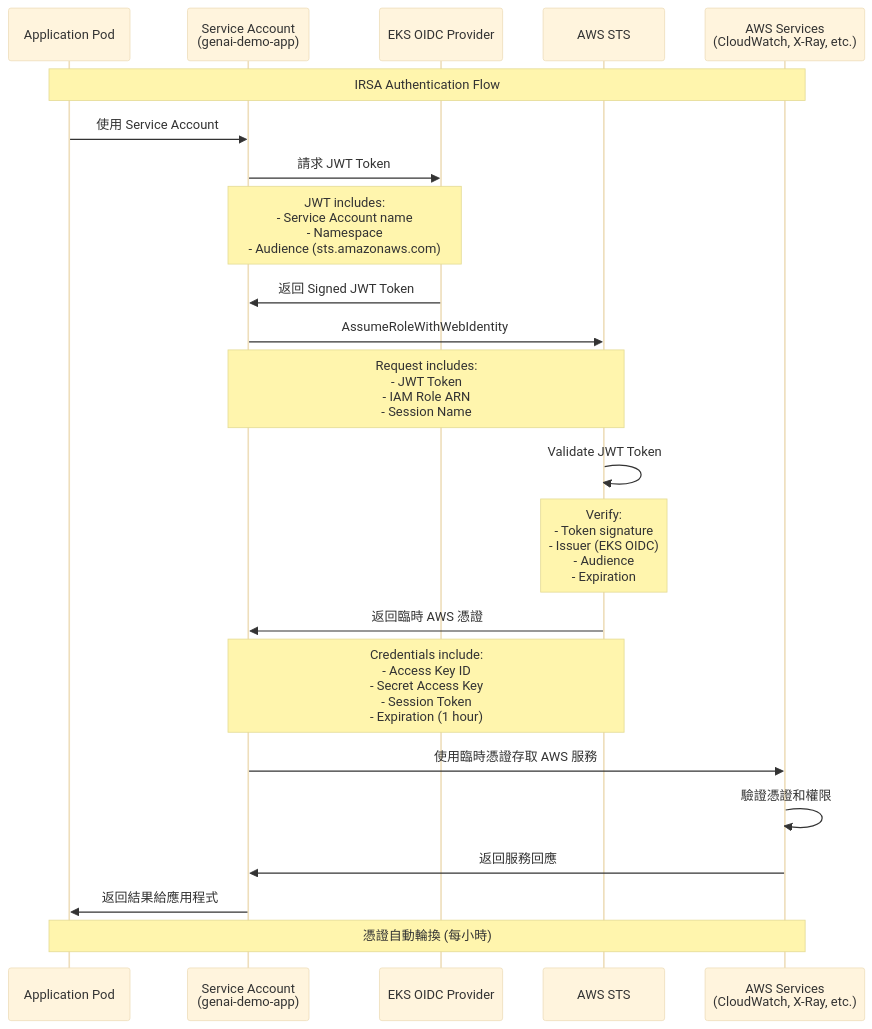
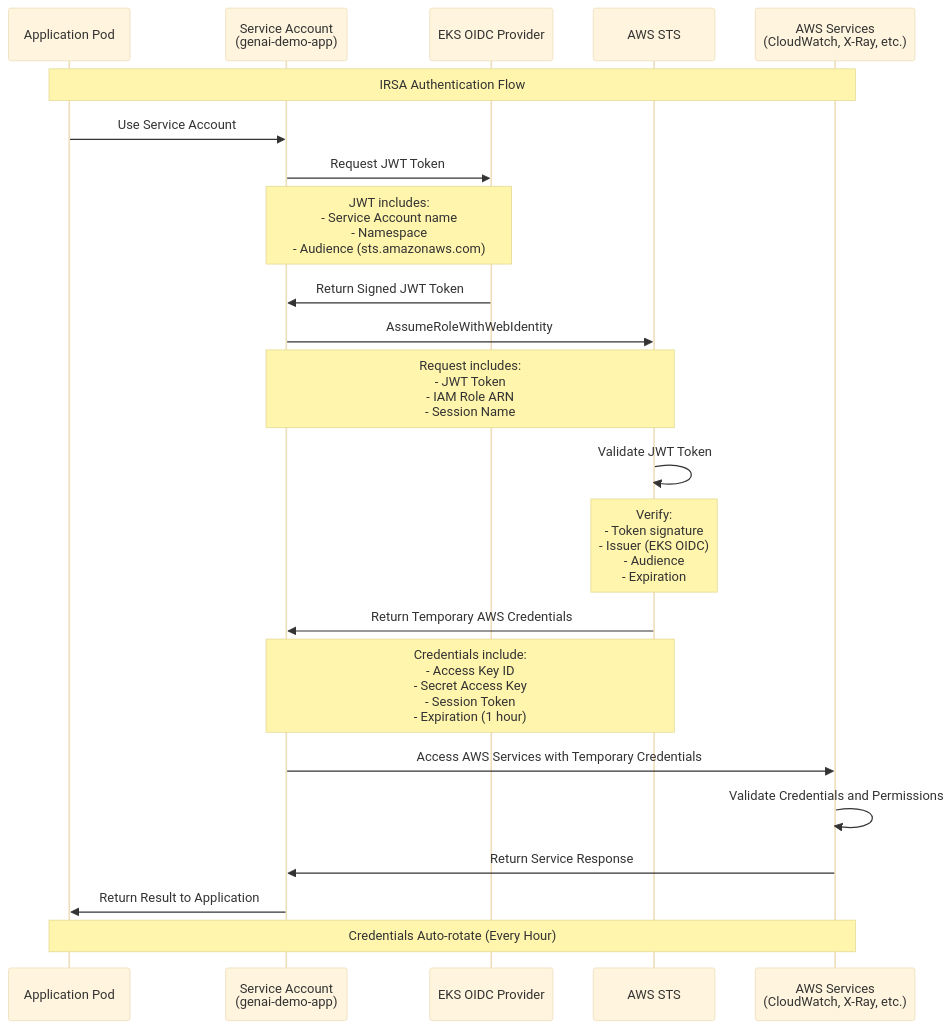
Before and after one commit to humank/genai-demo: the eighth of 11 diagrams in docs/viewpoints/deployment/aws-infrastructure-architecture.md, drawn with Mermaid (base theme). The commit also changed other lines of this file and 453 other files, not shown here.

First line of the commit message:
feat: Complete translation of key architecture and API documentation

````diff
--- a/docs/viewpoints/deployment/aws-infrastructure-architecture.md
+++ b/docs/viewpoints/deployment/aws-infrastructure-architecture.md
@@ -783,31 +783,31 @@
 ```mermaid
 sequenceDiagram
     participant Pod as Application Pod
     participant SA as Service Account<br/>(genai-demo-app)
     participant OIDC as EKS OIDC Provider
     participant STS as AWS STS
     participant AWS as AWS Services<br/>(CloudWatch, X-Ray, etc.)
     
     Note over Pod,AWS: IRSA Authentication Flow
     
-    Pod->>SA: 使用 Service Account
-    SA->>OIDC: 請求 JWT Token
+    Pod->>SA: Use Service Account
+    SA->>OIDC: Request JWT Token
     Note over SA,OIDC: JWT includes:<br/>- Service Account name<br/>- Namespace<br/>- Audience (sts.amazonaws.com)
     
-    OIDC->>SA: 返回 Signed JWT Token
+    OIDC->>SA: Return Signed JWT Token
     SA->>STS: AssumeRoleWithWebIdentity
     Note over SA,STS: Request includes:<br/>- JWT Token<br/>- IAM Role ARN<br/>- Session Name
     
     STS->>STS: Validate JWT Token
     Note over STS: Verify:<br/>- Token signature<br/>- Issuer (EKS OIDC)<br/>- Audience<br/>- Expiration
     
-    STS->>SA: 返回臨時 AWS 憑證
+    STS->>SA: Return Temporary AWS Credentials
     Note over STS,SA: Credentials include:<br/>- Access Key ID<br/>- Secret Access Key<br/>- Session Token<br/>- Expiration (1 hour)
     
-    SA->>AWS: 使用臨時憑證存取 AWS 服務
-    AWS->>AWS: 驗證憑證和權限
-    AWS->>SA: 返回服務回應
-    SA->>Pod: 返回結果給應用程式
+    SA->>AWS: Access AWS Services with Temporary Credentials
+    AWS->>AWS: Validate Credentials and Permissions
+    AWS->>SA: Return Service Response
+    SA->>Pod: Return Result to Application
     
-    Note over Pod,AWS: 憑證自動輪換 (每小時)
+    Note over Pod,AWS: Credentials Auto-rotate (Every Hour)
 ```
````
